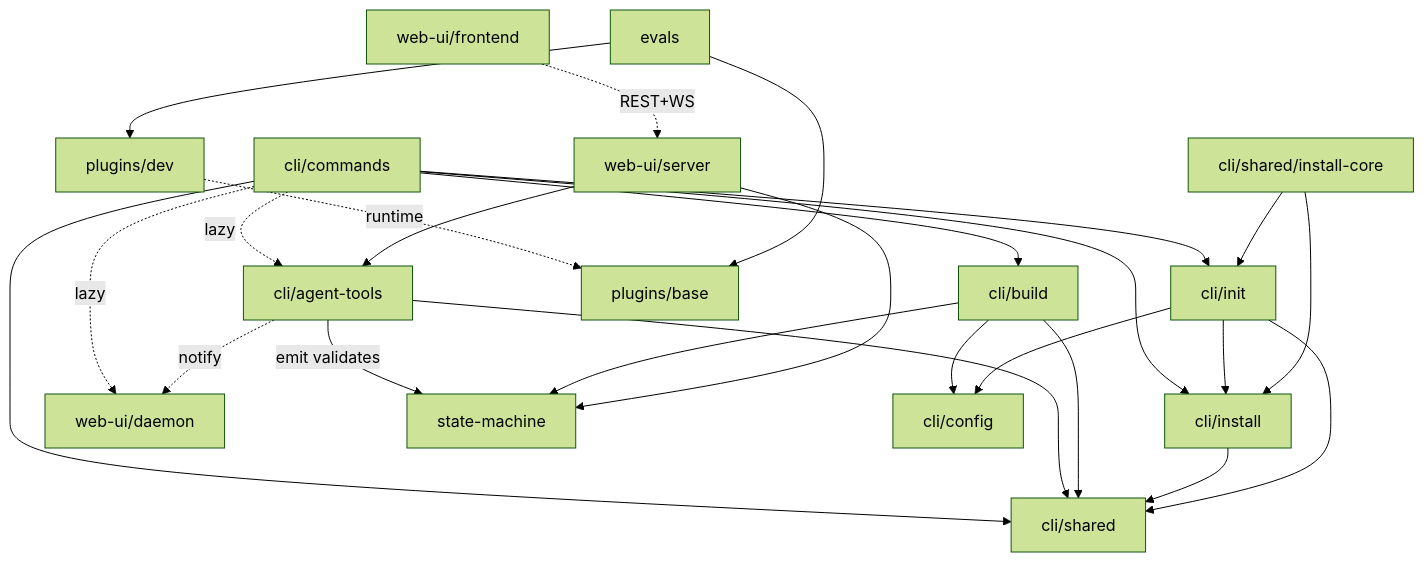
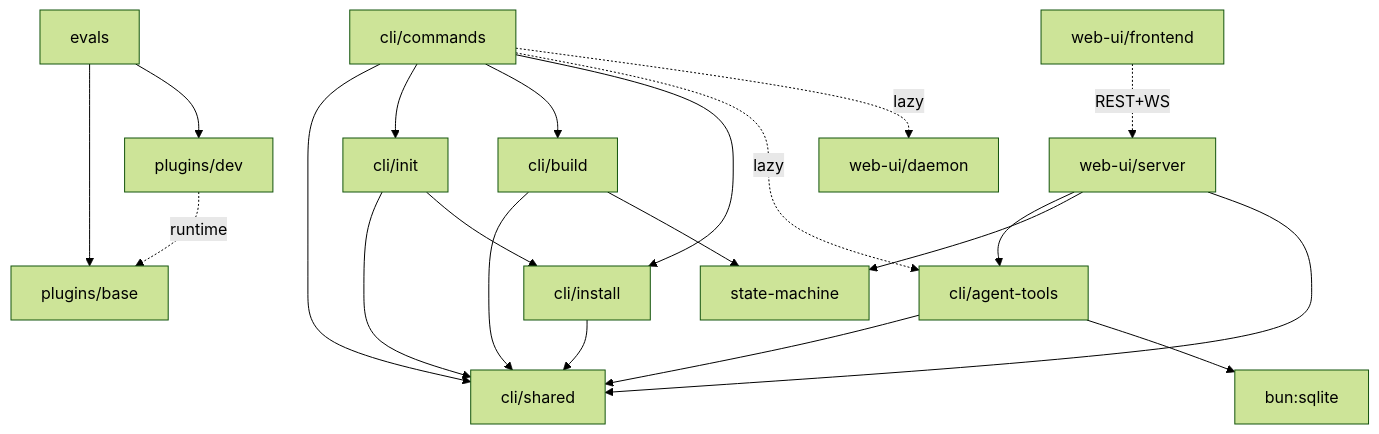
One commit to rp1-run/rp1 changed the diagram in .rp1/context/modules.md. Above: the diagram before and after it, drawn with Mermaid (forest theme). The commit also changed other lines of this file and 5 other files, not shown here.

````diff
--- a/.rp1/context/modules.md
+++ b/.rp1/context/modules.md
@@ -119,27 +120,23 @@
 ```mermaid
 graph TD
     Commands["cli/commands"] --> Shared["cli/shared"]
     Commands --> Init["cli/init"]
     Commands --> Build["cli/build"]
     Commands --> Install["cli/install"]
     Commands -.->|lazy| AgentTools["cli/agent-tools"]
     Commands -.->|lazy| Daemon["web-ui/daemon"]
     AgentTools --> Shared
-    AgentTools -->|emit validates| SM["state-machine"]
-    AgentTools -.->|notify| Daemon
+    AgentTools --> SQLite["bun:sqlite"]
     Build --> Shared
-    Build --> SM
-    Build --> Config["cli/config"]
+    Build --> SM["state-machine"]
     Install --> Shared
     Init --> Shared
-    Init --> Config
     Init --> Install
-    InstallCore["cli/shared/install-core"] --> Install
-    InstallCore --> Init
-    Server["web-ui/server"] --> AgentTools
-    Server --> SM
-    Frontend["web-ui/frontend"] -.->|REST+WS| Server
+    WebServer["web-ui/server"] --> AgentTools
+    WebServer --> SM
+    WebServer --> Shared
+    Frontend["web-ui/frontend"] -.->|REST+WS| WebServer
     PluginsDev["plugins/dev"] -.->|runtime| PluginsBase["plugins/base"]
     Evals["evals"] --> PluginsBase
     Evals --> PluginsDev
 ```
````
